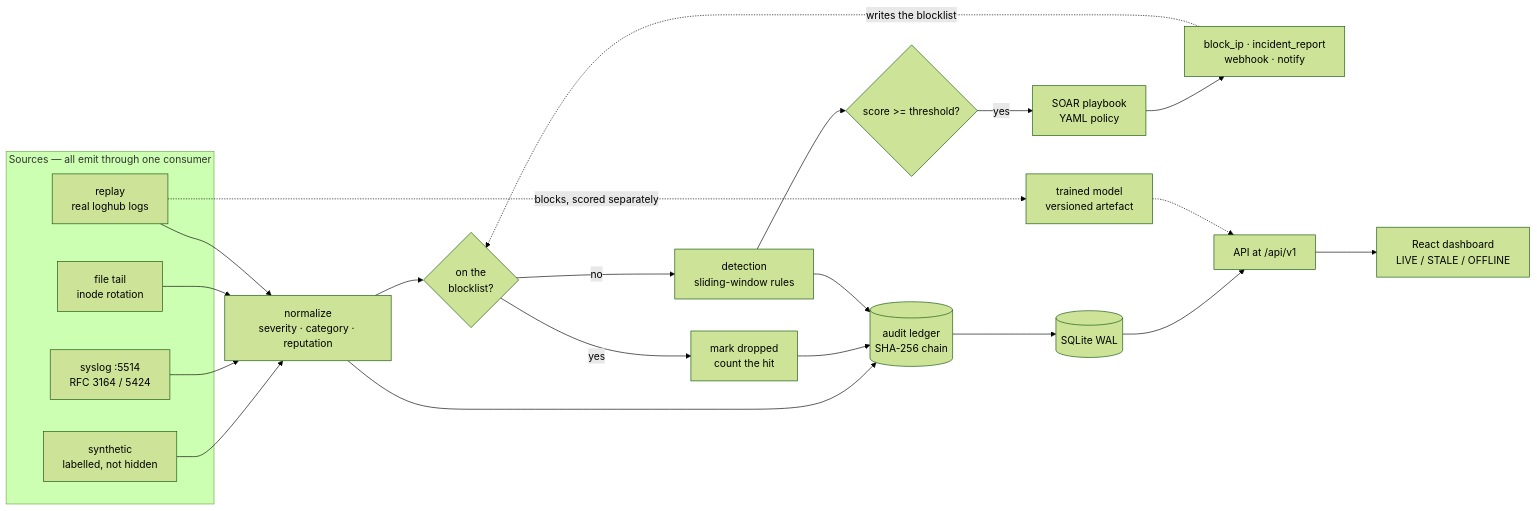
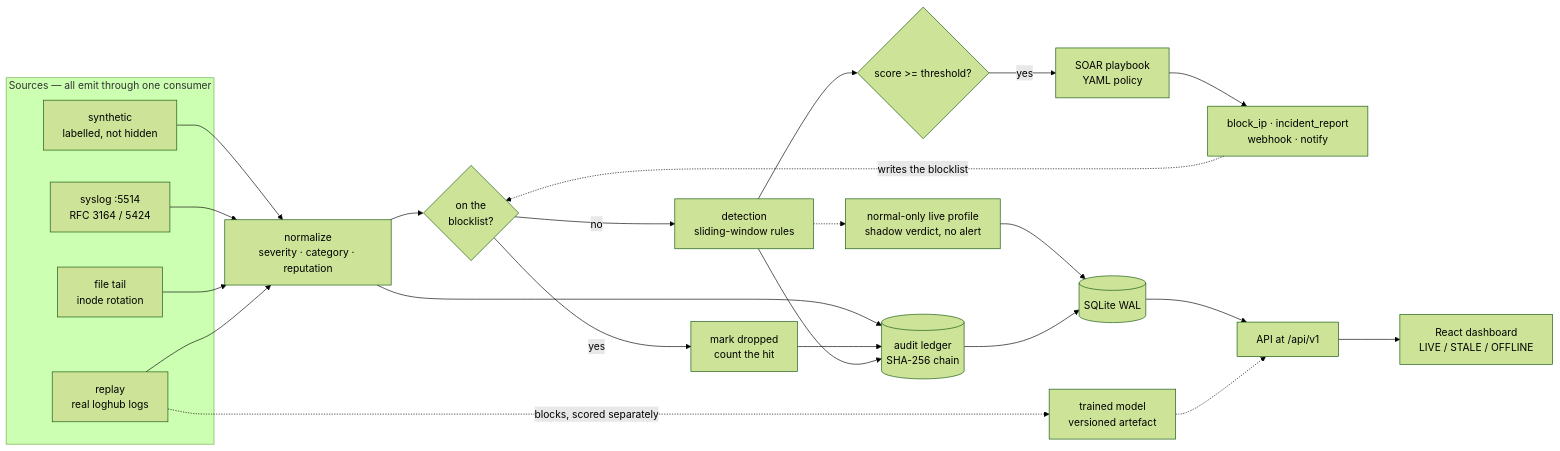
One commit to Shlok014/watchtower changed the diagram in README.md. Above: the diagram before and after it, drawn with Mermaid (forest theme). The commit also changed other lines of this file and 32 other files, not shown here.

First line of the commit message:
Add audited alert triage and live shadow detection evidence (#25)

````diff
--- a/README.md
+++ b/README.md
@@ -30,36 +29,38 @@
 ```mermaid
 flowchart LR
     subgraph sources["Sources — all emit through one consumer"]
         SYN["synthetic<br/>labelled, not hidden"]
         SYS["syslog :5514<br/>RFC 3164 / 5424"]
         FIL["file tail<br/>inode rotation"]
         REP["replay<br/>real loghub logs"]
     end
 
     SYN --> NORM
     SYS --> NORM
     FIL --> NORM
     REP --> NORM
 
     NORM["normalize<br/>severity · category · reputation"]
     NORM --> BLK{"on the<br/>blocklist?"}
 
     BLK -->|yes| DROP["mark dropped<br/>count the hit"]
     BLK -->|no| DET["detection<br/>sliding-window rules"]
+    DET -.-> SHADOW["normal-only live profile<br/>shadow verdict, no alert"]
+    SHADOW --> DB
 
     DET --> ALERT{"score >= threshold?"}
     ALERT -->|yes| SOAR["SOAR playbook<br/>YAML policy"]
     SOAR --> ENF["block_ip · incident_report<br/>webhook · notify"]
     ENF -.->|writes the blocklist| BLK
 
     NORM --> LEDGER[("audit ledger<br/>SHA-256 chain")]
     DROP --> LEDGER
     DET --> LEDGER
 
     LEDGER --> DB[("SQLite WAL")]
     DB --> API["API at /api/v1"]
     API --> UI["React dashboard<br/>LIVE / STALE / OFFLINE"]
 
     REP -.->|blocks, scored separately| MODEL["trained model<br/>versioned artefact"]
     MODEL -.-> API
 ```
````
